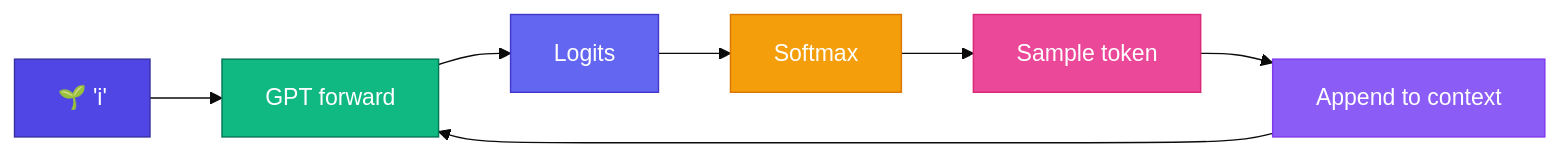
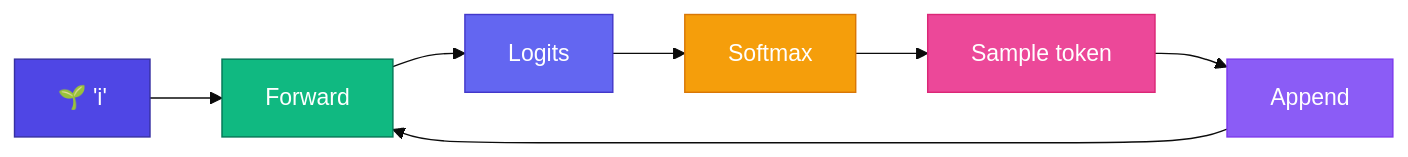
The diagram in content/docs/part-09-mini-gpt/03-generate.mdx (bhNibir/build-own-llm), drawn with Mermaid (base theme) before and after one commit. The commit also changed other lines of this file and 33 other files, not shown here.

First line of the commit message:
Align Bangla lessons with playgrounds, animations, and diagrams

````diff
--- a/content/docs/part-09-mini-gpt/03-generate.mdx
+++ b/content/docs/part-09-mini-gpt/03-generate.mdx
@@ -16,15 +16,15 @@
 ```mermaid
 flowchart LR
-    A["🌱 'i'"]:::seed --> B["GPT forward"]:::fwd
+    A["🌱 'i'"]:::seed --> B["Forward"]:::fwd
     B --> C["Logits"]:::logits
     C --> D["Softmax"]:::softmax
     D --> E["Sample token"]:::sample
-    E --> F["Append to context"]:::append
+    E --> F["Append"]:::append
     F --> B
     classDef seed fill:#4F46E5,color:#fff,stroke:#3730A3
     classDef fwd fill:#10B981,color:#fff,stroke:#047857
     classDef logits fill:#6366F1,color:#fff,stroke:#4338CA
     classDef softmax fill:#F59E0B,color:#fff,stroke:#D97706
     classDef sample fill:#EC4899,color:#fff,stroke:#DB2777
     classDef append fill:#8B5CF6,color:#fff,stroke:#7C3AED
 ```
````
